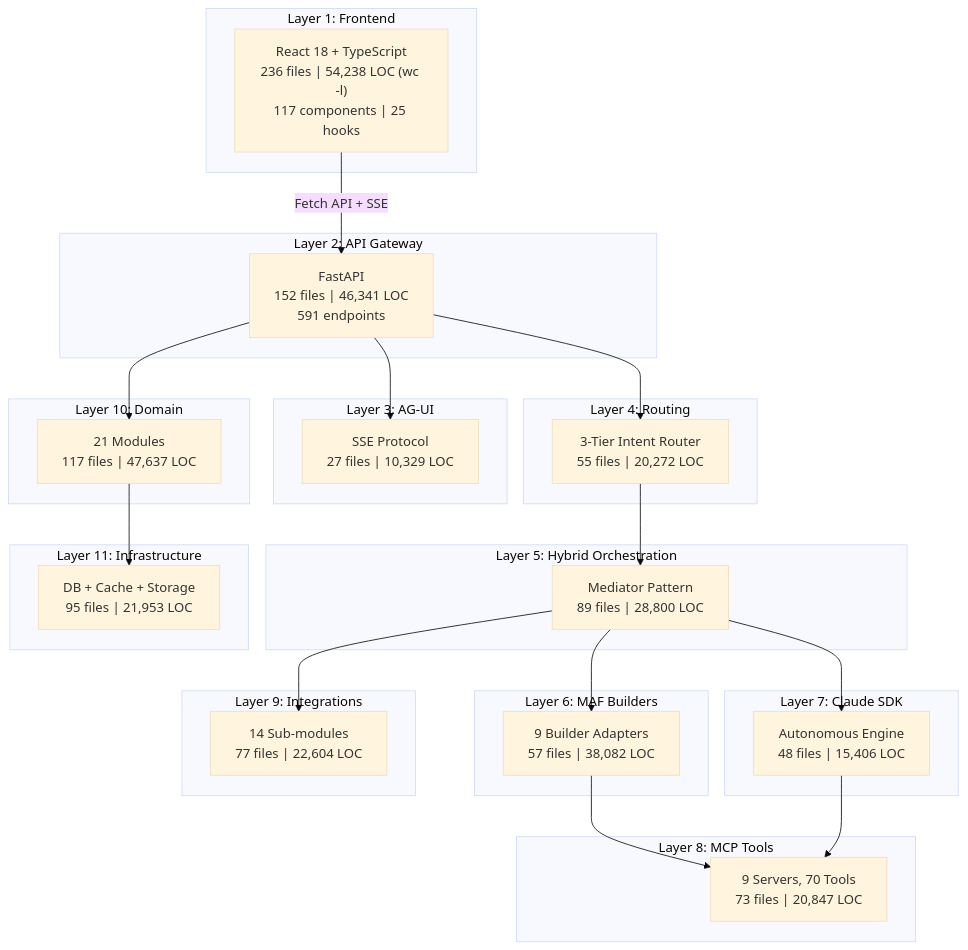
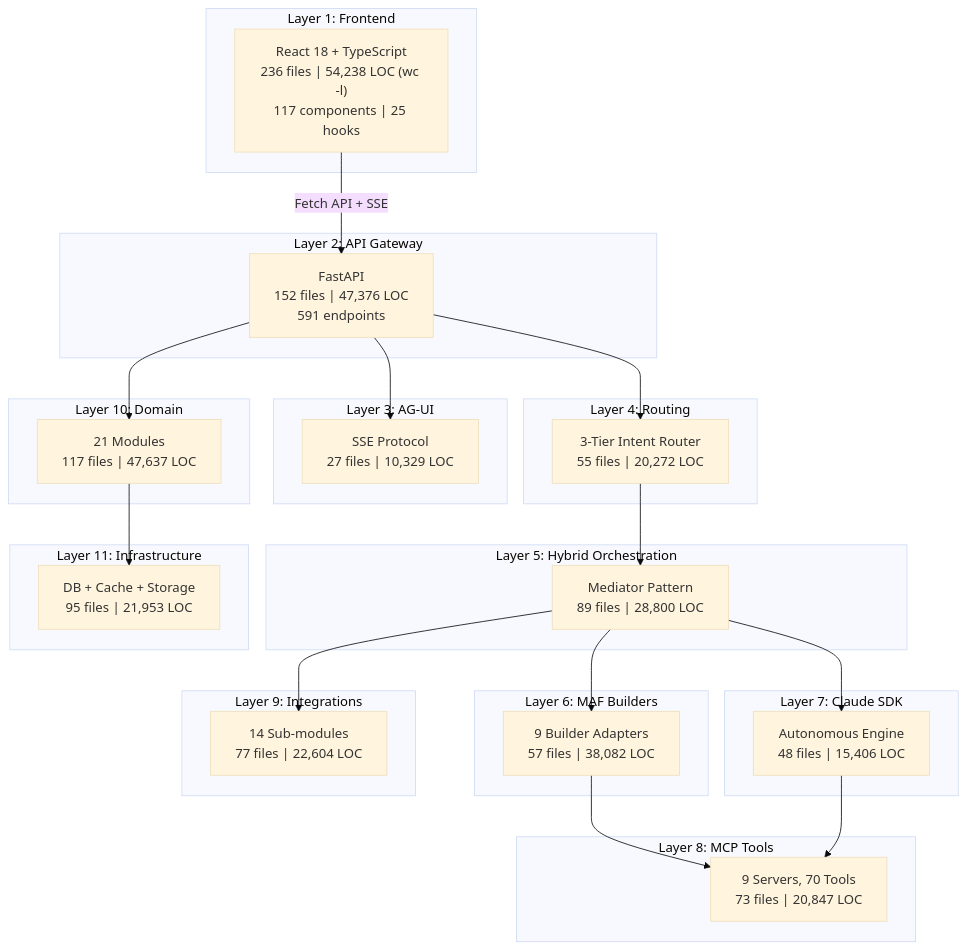
The diagram in docs/07-analysis/V9/00-stats.md (laitim2001/ai-semantic-kernel-framework-project), drawn with Mermaid (base theme) before and after one commit. The commit also changed other lines of this file and 7 other files, not shown here.

````diff
--- a/docs/07-analysis/V9/00-stats.md
+++ b/docs/07-analysis/V9/00-stats.md
@@ -21,48 +21,48 @@
 ```mermaid
 graph TB
     subgraph "Layer 1: Frontend"
         FE["React 18 + TypeScript<br/>236 files | 54,238 LOC (wc -l)<br/>117 components | 25 hooks"]
     end
     subgraph "Layer 2: API Gateway"
-        API["FastAPI<br/>152 files | 46,341 LOC<br/>591 endpoints"]
+        API["FastAPI<br/>152 files | 47,376 LOC<br/>591 endpoints"]
     end
     subgraph "Layer 3: AG-UI"
         AGUI["SSE Protocol<br/>27 files | 10,329 LOC"]
     end
     subgraph "Layer 4: Routing"
         ROUTE["3-Tier Intent Router<br/>55 files | 20,272 LOC"]
     end
     subgraph "Layer 5: Hybrid Orchestration"
         HYBRID["Mediator Pattern<br/>89 files | 28,800 LOC"]
     end
     subgraph "Layer 6: MAF Builders"
         MAF["9 Builder Adapters<br/>57 files | 38,082 LOC"]
     end
     subgraph "Layer 7: Claude SDK"
         CLAUDE["Autonomous Engine<br/>48 files | 15,406 LOC"]
     end
     subgraph "Layer 8: MCP Tools"
         MCP["9 Servers, 70 Tools<br/>73 files | 20,847 LOC"]
     end
     subgraph "Layer 9: Integrations"
         INT["14 Sub-modules<br/>77 files | 22,604 LOC"]
     end
     subgraph "Layer 10: Domain"
         DOM["21 Modules<br/>117 files | 47,637 LOC"]
     end
     subgraph "Layer 11: Infrastructure"
         INFRA["DB + Cache + Storage<br/>95 files | 21,953 LOC"]
     end
 
     FE -->|"Fetch API + SSE"| API
     API --> AGUI
     API --> ROUTE
     ROUTE --> HYBRID
     HYBRID --> MAF
     HYBRID --> CLAUDE
     MAF --> MCP
     CLAUDE --> MCP
     HYBRID --> INT
     API --> DOM
     DOM --> INFRA
 ```
````
